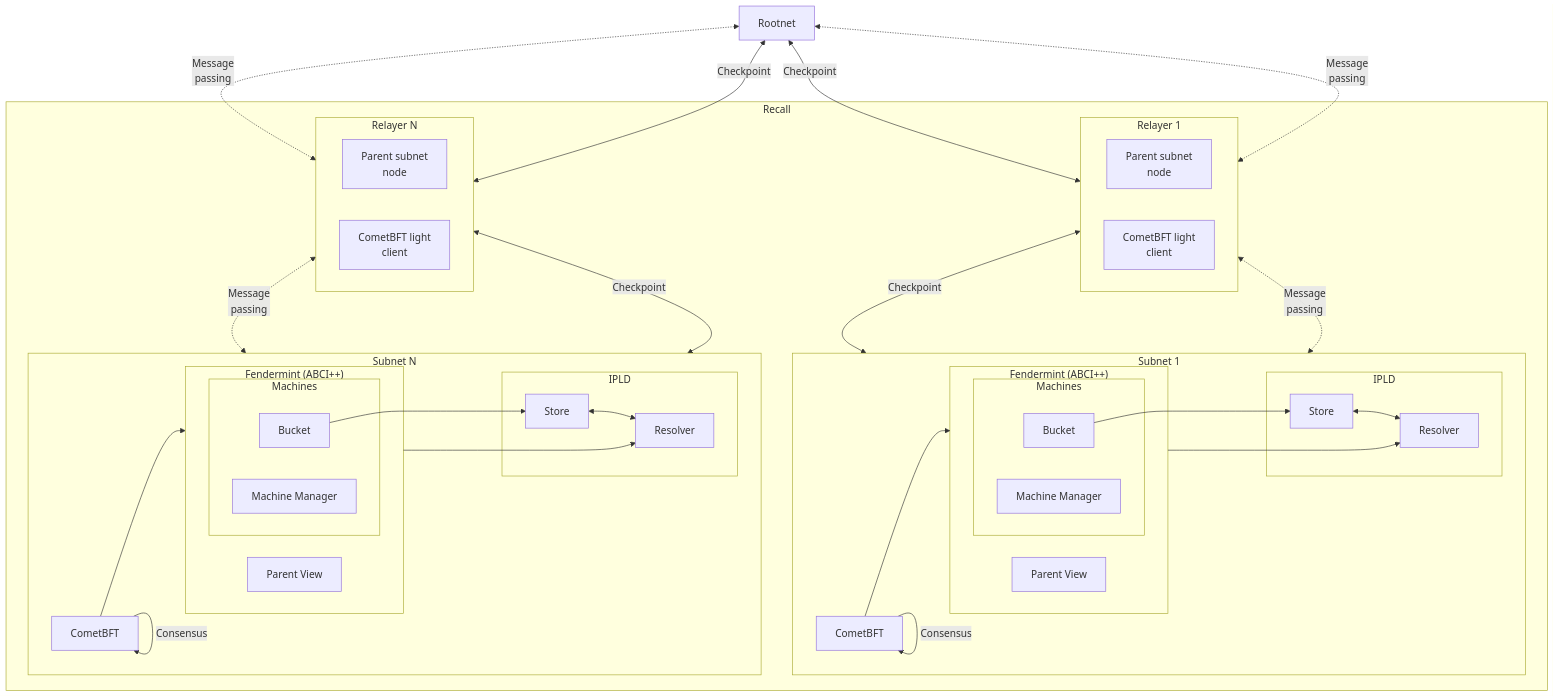
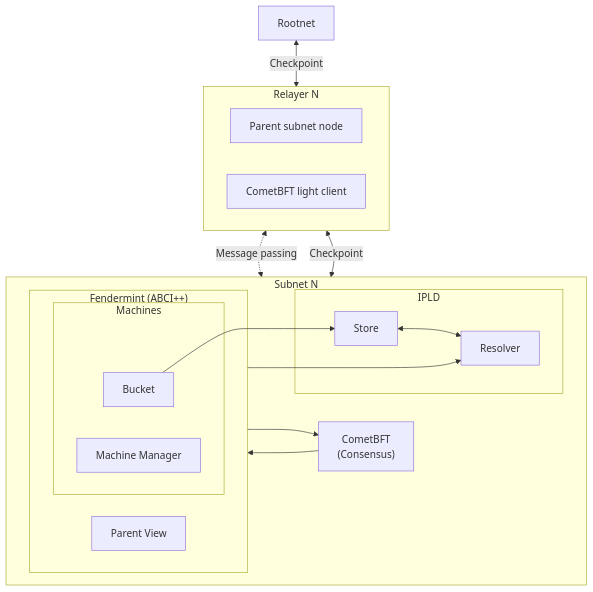
The diagram in docs/architecture/index.mdx (recallnet/docs), drawn with Mermaid before and after one commit. The commit also changed 3 other files, not shown here.

````diff
--- a/docs/architecture/index.mdx
+++ b/docs/architecture/index.mdx
@@ -26,59 +26,46 @@
 ```mermaid
 graph TD
-  subgraph Recall
-    subgraph Relayer1["Relayer 1"]
-      ParentNode1["Parent subnet<br/>node"]
-      LightClient1["CometBFT light<br/>client"]
+    %% Root network
+    Root["Rootnet"]
+    class Root component
+
+    %% Relayer section
+    subgraph RelayerN["Relayer N"]
+        ParentNodeN["Parent subnet node"]
+        LightClientN["CometBFT light client"]
     end
-    subgraph Subnet1["Subnet 1"]
-      CometBFT1["CometBFT"]
-      CometBFT1 --"Consensus"--> CometBFT1
-      subgraph ABCI1["Fendermint (ABCI++)"]
-        subgraph Machines1["Machines"]
-          Bucket1["Bucket"]
-          MachineManager1["Machine Manager"]
+    class RelayerN relayer
+
+    %% Subnet section
+    subgraph SubnetN["Subnet N"]
+        %% Consensus layer
+        CometBFTN["CometBFT<br/>(Consensus)"]
+
+        %% Storage layer - moved up
+        subgraph IPLDN["IPLD"]
+            StoreN["Store"]
+            ResolverN["Resolver"]
         end
-        ParentView1["Parent View"]
-      end
-      subgraph IPLD1["IPLD"]
-        Store1["Store"]
-        Resolver1["Resolver"]
-        Store1 <--> Resolver1
-      end
-      Bucket1 --> Store1
-      ABCI1 --> Resolver1
-      CometBFT1 --> ABCI1
+
+        %% ABCI layer
+        subgraph ABCIN["Fendermint (ABCI++)"]
+            subgraph MachinesN["Machines"]
+                BucketN["Bucket"]
+                MachineManagerN["Machine Manager"]
+            end
+            ParentViewN["Parent View"]
+        end
+
+        %% Internal connections
+        CometBFTN --> ABCIN --> CometBFTN
+        BucketN --> StoreN
+        StoreN <--> ResolverN
+        ABCIN --> ResolverN
     end
-    subgraph RelayerN["Relayer N"]
-      ParentNodeN["Parent subnet<br/>node"]
-      LightClientN["CometBFT light<br/>client"]
-    end
-    subgraph SubnetN["Subnet N"]
-      CometBFTN["CometBFT"]
-      CometBFTN --"Consensus"--> CometBFTN
-      subgraph ABCIN["Fendermint (ABCI++)"]
-        subgraph MachinesN["Machines"]
-          BucketN["Bucket"]
-          MachineManagerN["Machine Manager"]
-        end
-        ParentViewN["Parent View"]
-      end
-      subgraph IPLDN["IPLD"]
-        StoreN["Store"]
-        ResolverN["Resolver"]
-        StoreN <--> ResolverN
-      end
-      BucketN --> StoreN
-      ABCIN --> ResolverN
-      CometBFTN --> ABCIN
-    end
-  end
-  Root["Rootnet"] <--"Checkpoint"--> Relayer1
-  Root <-."Message<br/>passing".-> Relayer1
-  Root <-."Message<br/>passing".-> RelayerN
-  Root["Rootnet"] <--"Checkpoint"--> RelayerN
-  Relayer1 <--"Checkpoint"--> Subnet1
-  Relayer1 <-."Message<br/>passing".-> Subnet1
-  RelayerN <-."Message<br/>passing".-> SubnetN
-  RelayerN <--"Checkpoint"--> SubnetN
+    class SubnetN subnet
+
+    %% External connections
+    Root <--"Checkpoint"--> RelayerN
+    RelayerN <-."Message passing".-> SubnetN
+    RelayerN <--"Checkpoint"--> SubnetN
 ```
````
